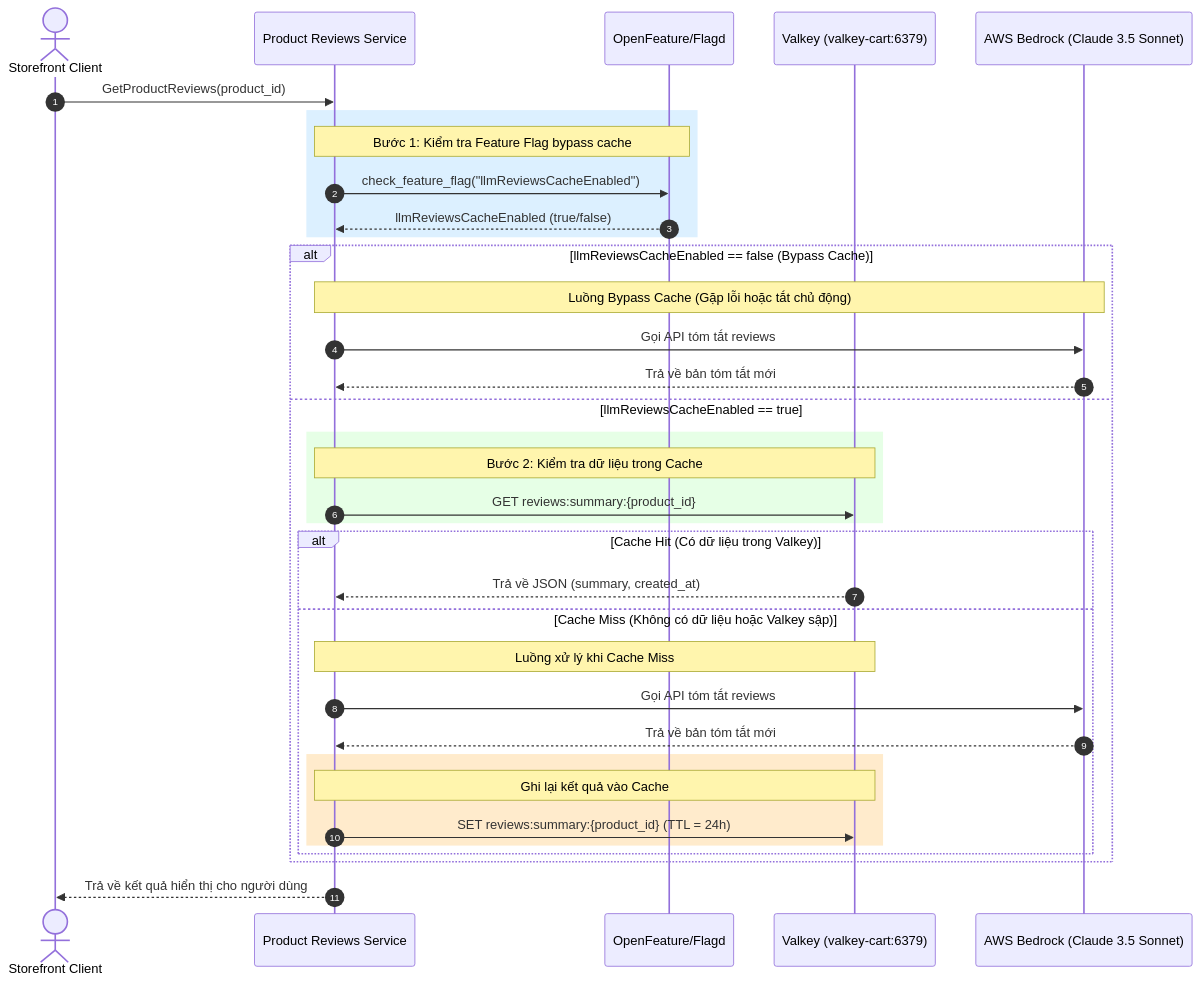
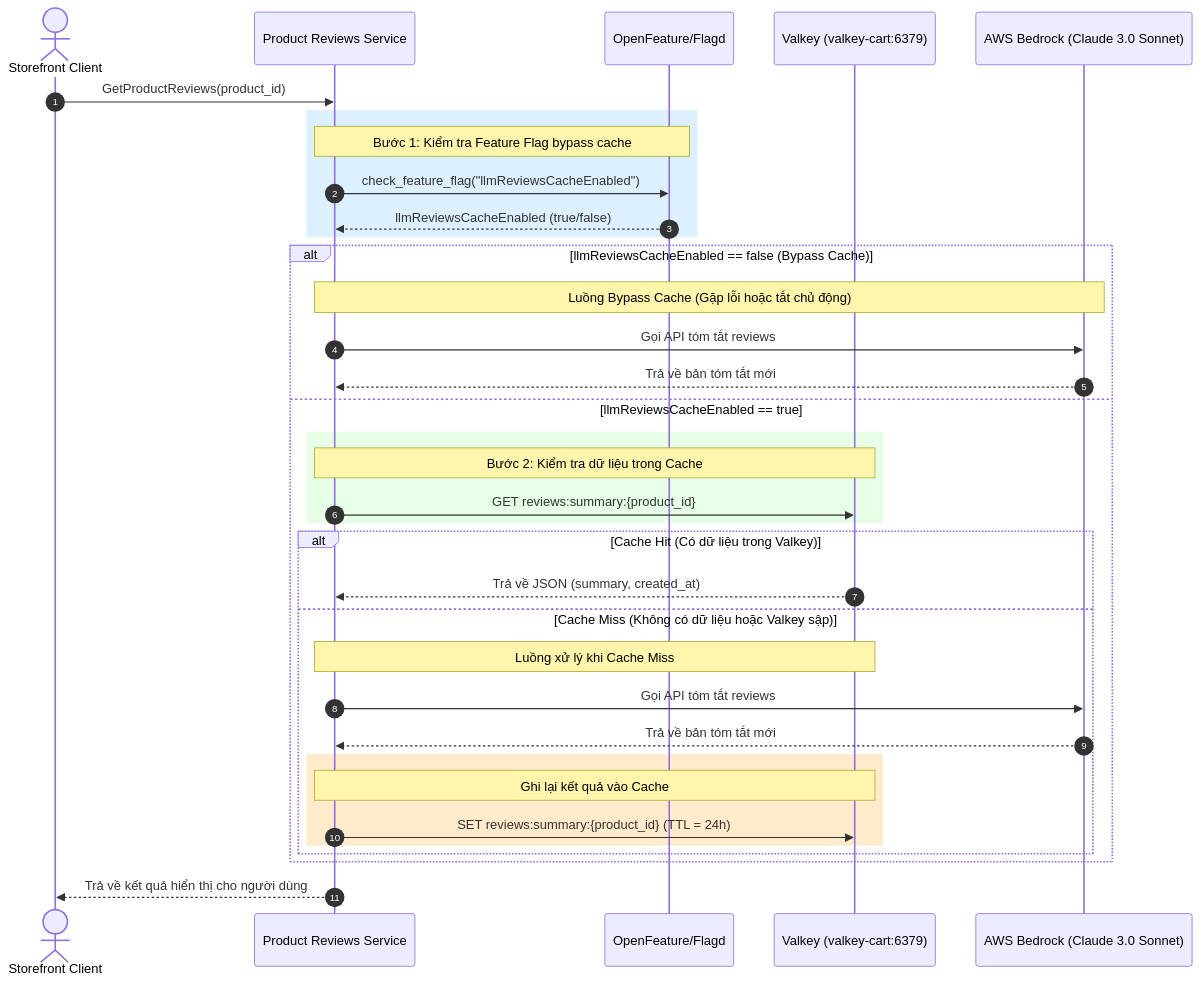
Before and after one commit to nguyenductien-qnm/capstone-phase-3: the diagram in docs/ai/specs/valkey_caching.md, drawn with Mermaid. The commit also changed other lines of this file and 4 other files, not shown here.

Commit message:
docs(ai): address PR #9 review comments (volatile-lru, Claude 3.0 Sonnet, 5.0s timeout)

````diff
--- a/docs/ai/specs/valkey_caching.md
+++ b/docs/ai/specs/valkey_caching.md
@@ -5,43 +5,43 @@
 ```mermaid
 sequenceDiagram
     autonumber
     actor Client as Storefront Client
     participant Reviews as Product Reviews Service
     participant Flagd as OpenFeature/Flagd
     participant Valkey as Valkey (valkey-cart:6379)
-    participant Bedrock as AWS Bedrock (Claude 3.5 Sonnet)
+    participant Bedrock as AWS Bedrock (Claude 3.0 Sonnet)
 
     Client->>Reviews: GetProductReviews(product_id)
     
     rect rgb(220, 240, 255)
         note over Reviews, Flagd: Bước 1: Kiểm tra Feature Flag bypass cache
         Reviews->>Flagd: check_feature_flag("llmReviewsCacheEnabled")
         Flagd-->>Reviews: llmReviewsCacheEnabled (true/false)
     end
 
     alt llmReviewsCacheEnabled == false (Bypass Cache)
         note over Reviews, Bedrock: Luồng Bypass Cache (Gặp lỗi hoặc tắt chủ động)
         Reviews->>Bedrock: Gọi API tóm tắt reviews
         Bedrock-->>Reviews: Trả về bản tóm tắt mới
     else llmReviewsCacheEnabled == true
         rect rgb(230, 255, 230)
             note over Reviews, Valkey: Bước 2: Kiểm tra dữ liệu trong Cache
             Reviews->>Valkey: GET reviews:summary:{product_id}
         end
         
         alt Cache Hit (Có dữ liệu trong Valkey)
             Valkey-->>Reviews: Trả về JSON (summary, created_at)
         else Cache Miss (Không có dữ liệu hoặc Valkey sập)
             note over Reviews, Valkey: Luồng xử lý khi Cache Miss
             Reviews->>Bedrock: Gọi API tóm tắt reviews
             Bedrock-->>Reviews: Trả về bản tóm tắt mới
             
             rect rgb(255, 235, 204)
                 note over Reviews, Valkey: Ghi lại kết quả vào Cache
                 Reviews->>Valkey: SET reviews:summary:{product_id} (TTL = 24h)
             end
         end
     end
     
     Reviews-->>Client: Trả về kết quả hiển thị cho người dùng
 ```
````
